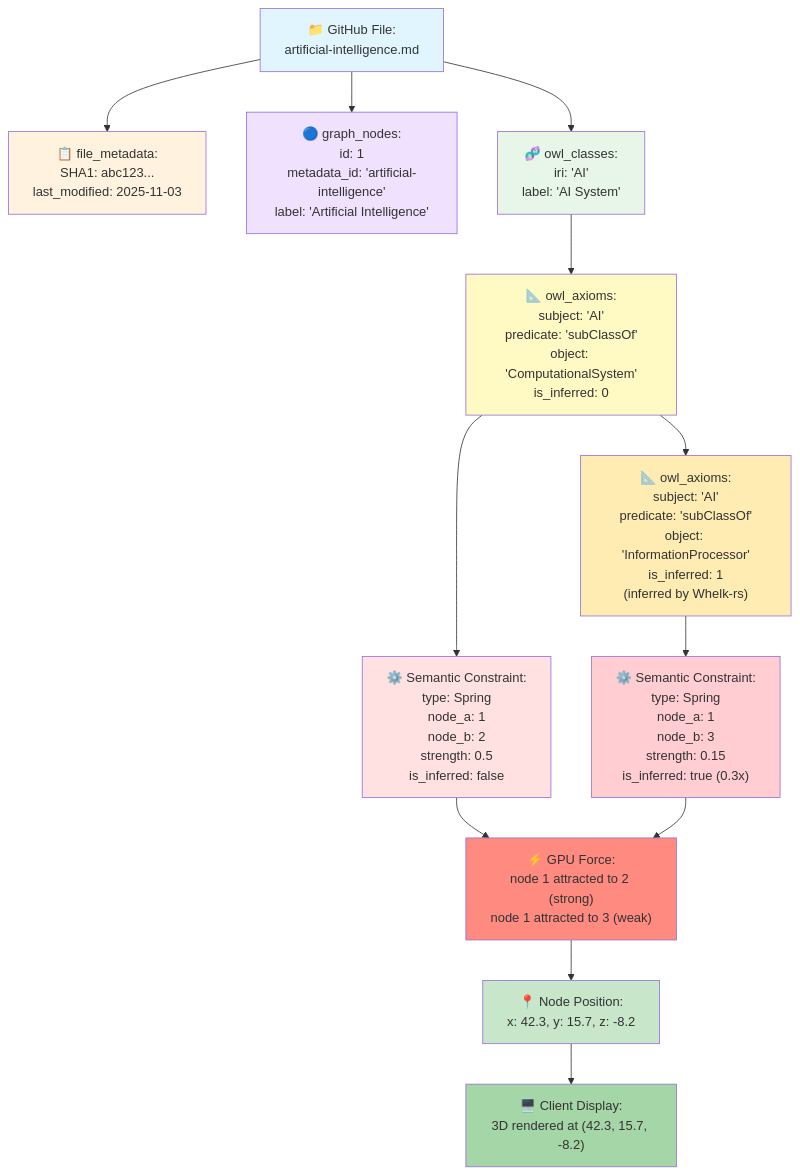
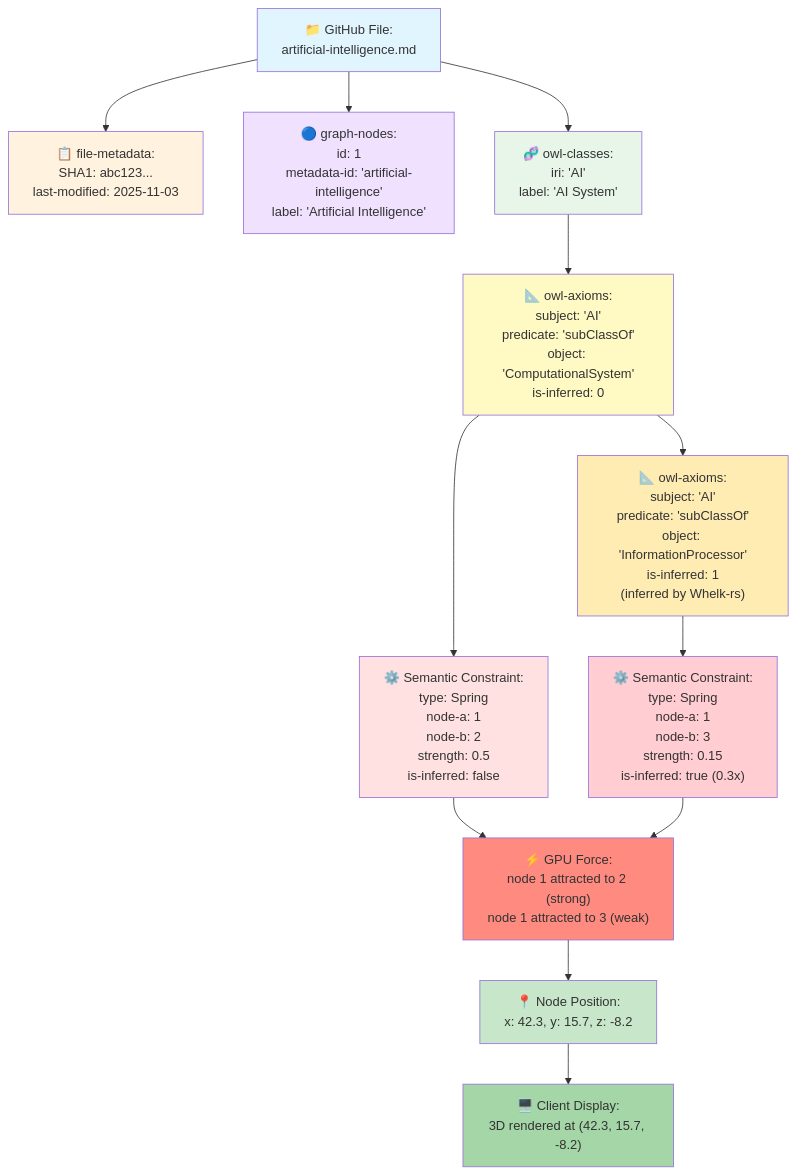
One commit to DreamLab-AI/VisionFlow changed the seventh of 7 diagrams in docs/concepts/architecture/data-flow-complete.md. Above: the diagram before and after it, drawn with Mermaid. The commit also changed other lines of this file and 184 other files, not shown here.

````diff
--- a/docs/concepts/architecture/data-flow-complete.md
+++ b/docs/concepts/architecture/data-flow-complete.md
@@ -509,48 +509,48 @@
 ```mermaid
 graph TB
     GH["📁 GitHub File:<br/>artificial-intelligence.md"]
 
-    META["📋 file_metadata:<br/>SHA1: abc123...<br/>last_modified: 2025-11-03"]
+    META["📋 file-metadata:<br/>SHA1: abc123...<br/>last-modified: 2025-11-03"]
 
-    NODE["🔵 graph_nodes:<br/>id: 1<br/>metadata_id: 'artificial-intelligence'<br/>label: 'Artificial Intelligence'"]
+    NODE["🔵 graph-nodes:<br/>id: 1<br/>metadata-id: 'artificial-intelligence'<br/>label: 'Artificial Intelligence'"]
 
-    CLASS["🧬 owl_classes:<br/>iri: 'AI'<br/>label: 'AI System'"]
+    CLASS["🧬 owl-classes:<br/>iri: 'AI'<br/>label: 'AI System'"]
 
-    AXIOM_A["📐 owl_axioms:<br/>subject: 'AI'<br/>predicate: 'subClassOf'<br/>object: 'ComputationalSystem'<br/>is_inferred: 0"]
+    AXIOM-A["📐 owl-axioms:<br/>subject: 'AI'<br/>predicate: 'subClassOf'<br/>object: 'ComputationalSystem'<br/>is-inferred: 0"]
 
-    AXIOM_I["📐 owl_axioms:<br/>subject: 'AI'<br/>predicate: 'subClassOf'<br/>object: 'InformationProcessor'<br/>is_inferred: 1<br/>(inferred by Whelk-rs)"]
+    AXIOM-I["📐 owl-axioms:<br/>subject: 'AI'<br/>predicate: 'subClassOf'<br/>object: 'InformationProcessor'<br/>is-inferred: 1<br/>(inferred by Whelk-rs)"]
 
-    CONS1["⚙️ Semantic Constraint:<br/>type: Spring<br/>node_a: 1<br/>node_b: 2<br/>strength: 0.5<br/>is_inferred: false"]
+    CONS1["⚙️ Semantic Constraint:<br/>type: Spring<br/>node-a: 1<br/>node-b: 2<br/>strength: 0.5<br/>is-inferred: false"]
 
-    CONS2["⚙️ Semantic Constraint:<br/>type: Spring<br/>node_a: 1<br/>node_b: 3<br/>strength: 0.15<br/>is_inferred: true (0.3x)"]
+    CONS2["⚙️ Semantic Constraint:<br/>type: Spring<br/>node-a: 1<br/>node-b: 3<br/>strength: 0.15<br/>is-inferred: true (0.3x)"]
 
     FORCE["⚡ GPU Force:<br/>node 1 attracted to 2 (strong)<br/>node 1 attracted to 3 (weak)"]
 
     POS["📍 Node Position:<br/>x: 42.3, y: 15.7, z: -8.2"]
 
     CLIENT["🖥️ Client Display:<br/>3D rendered at (42.3, 15.7, -8.2)"]
 
     GH --> META
     GH --> NODE
     GH --> CLASS
-    CLASS --> AXIOM_A
-    AXIOM_A --> AXIOM_I
-    AXIOM_A --> CONS1
-    AXIOM_I --> CONS2
+    CLASS --> AXIOM-A
+    AXIOM-A --> AXIOM-I
+    AXIOM-A --> CONS1
+    AXIOM-I --> CONS2
     CONS1 --> FORCE
     CONS2 --> FORCE
     FORCE --> POS
     POS --> CLIENT
 
     style GH fill:#e1f5ff
     style META fill:#fff3e0
     style NODE fill:#f0e1ff
     style CLASS fill:#e8f5e9
-    style AXIOM_A fill:#fff9c4
-    style AXIOM_I fill:#ffecb3
+    style AXIOM-A fill:#fff9c4
+    style AXIOM-I fill:#ffecb3
     style CONS1 fill:#ffe1e1
     style CONS2 fill:#ffcdd2
     style FORCE fill:#ff8a80
     style POS fill:#c8e6c9
     style CLIENT fill:#a5d6a7
 ```
````
